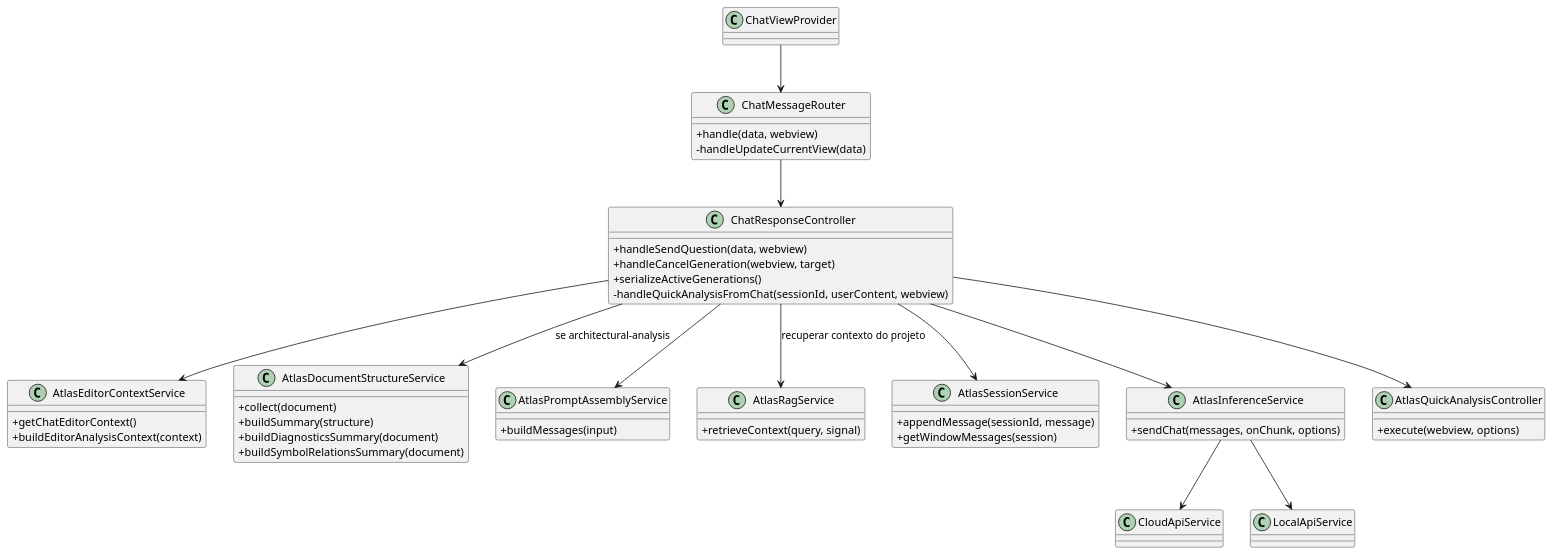
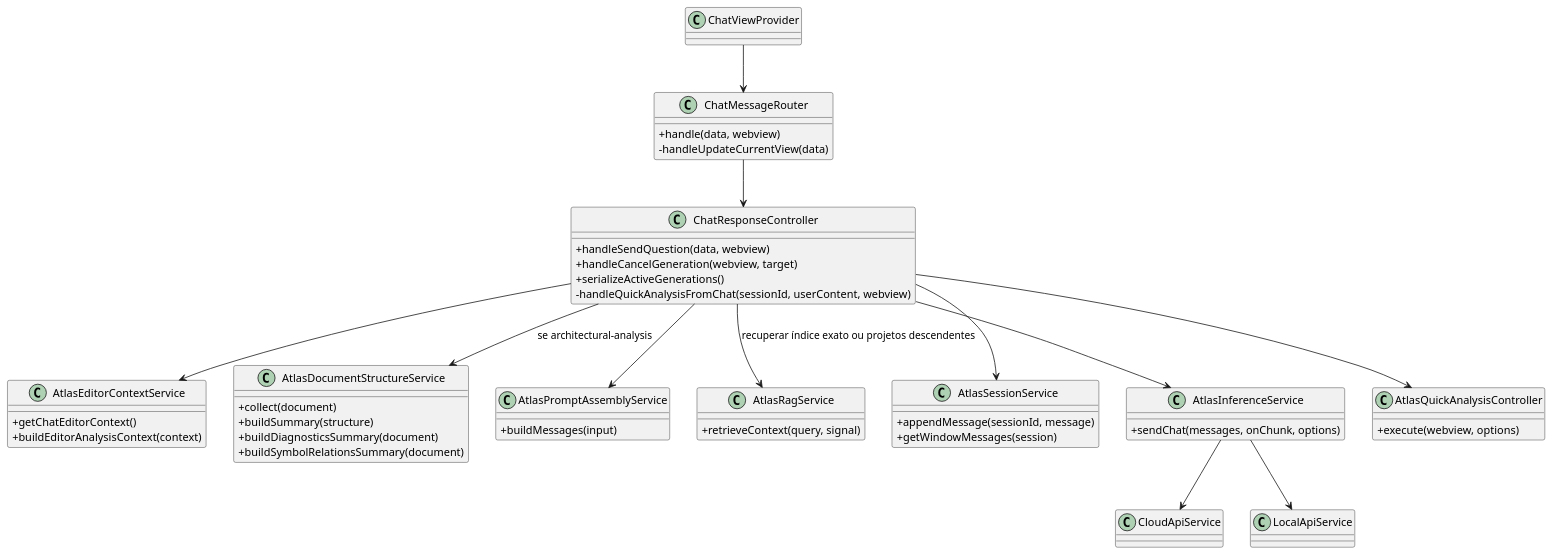
One commit to JVictorVI/ATLAS changed the first of 41 diagrams in docs/plantuml-diagramas-por-caso-de-uso-atlas.md. Above: the diagram before and after it, drawn with PlantUML. The commit also changed other lines of this file and 34 other files, not shown here.

````diff
--- a/docs/plantuml-diagramas-por-caso-de-uso-atlas.md
+++ b/docs/plantuml-diagramas-por-caso-de-uso-atlas.md
@@ -14,58 +14,58 @@
 ```plantuml
 @startuml
 skinparam shadowing false
 skinparam classAttributeIconSize 0
 
 class ChatViewProvider
 class ChatMessageRouter {
   +handle(data, webview)
   -handleUpdateCurrentView(data)
 }
 class ChatResponseController {
   +handleSendQuestion(data, webview)
   +handleCancelGeneration(webview, target)
   +serializeActiveGenerations()
   -handleQuickAnalysisFromChat(sessionId, userContent, webview)
 }
 class AtlasEditorContextService {
   +getChatEditorContext()
   +buildEditorAnalysisContext(context)
 }
 class AtlasDocumentStructureService {
   +collect(document)
   +buildSummary(structure)
   +buildDiagnosticsSummary(document)
   +buildSymbolRelationsSummary(document)
 }
 class AtlasPromptAssemblyService {
   +buildMessages(input)
 }
 class AtlasRagService {
   +retrieveContext(query, signal)
 }
 class AtlasSessionService {
   +appendMessage(sessionId, message)
   +getWindowMessages(session)
 }
 class AtlasInferenceService {
   +sendChat(messages, onChunk, options)
 }
 class AtlasQuickAnalysisController {
   +execute(webview, options)
 }
 class CloudApiService
 class LocalApiService
 
 ChatViewProvider --> ChatMessageRouter
 ChatMessageRouter --> ChatResponseController
 ChatResponseController --> AtlasEditorContextService
 ChatResponseController --> AtlasDocumentStructureService : se architectural-analysis
-ChatResponseController --> AtlasRagService : recuperar contexto do projeto
+ChatResponseController --> AtlasRagService : recuperar índice exato ou projetos descendentes
 ChatResponseController --> AtlasPromptAssemblyService
 ChatResponseController --> AtlasSessionService
 ChatResponseController --> AtlasInferenceService
 ChatResponseController --> AtlasQuickAnalysisController
 AtlasInferenceService --> CloudApiService
 AtlasInferenceService --> LocalApiService
 @enduml
 ```
````
